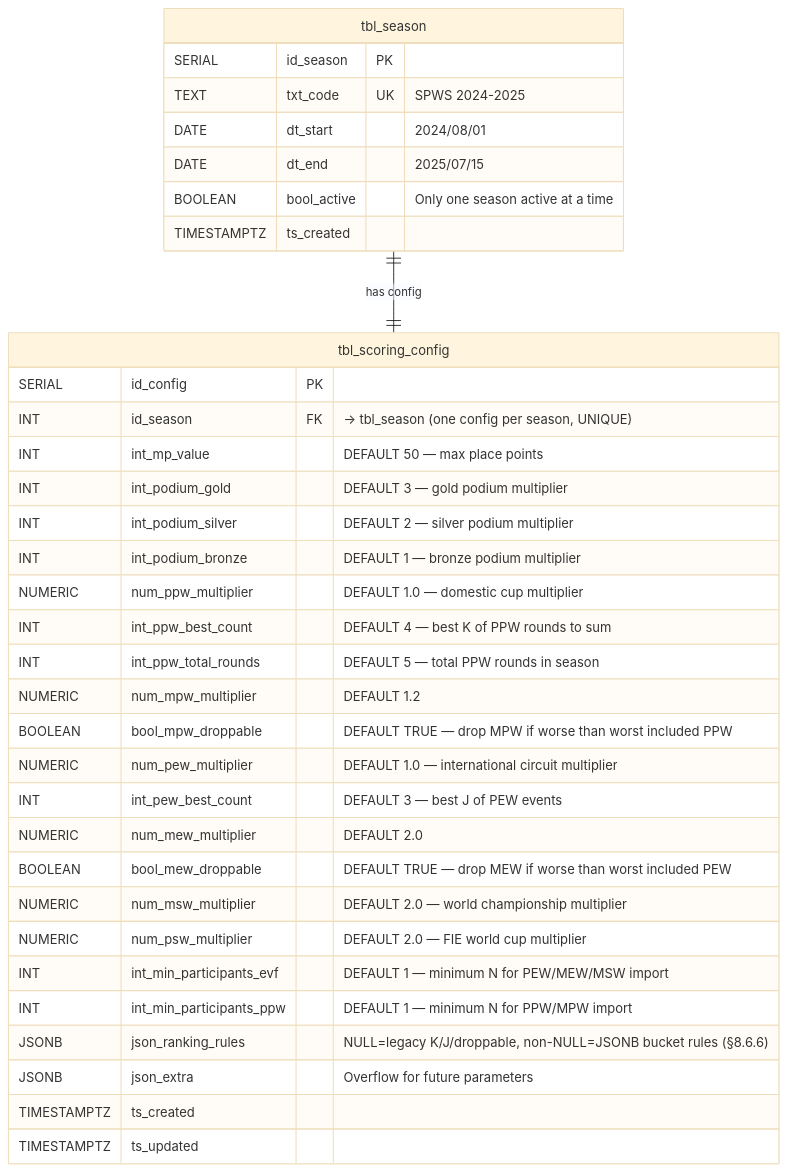
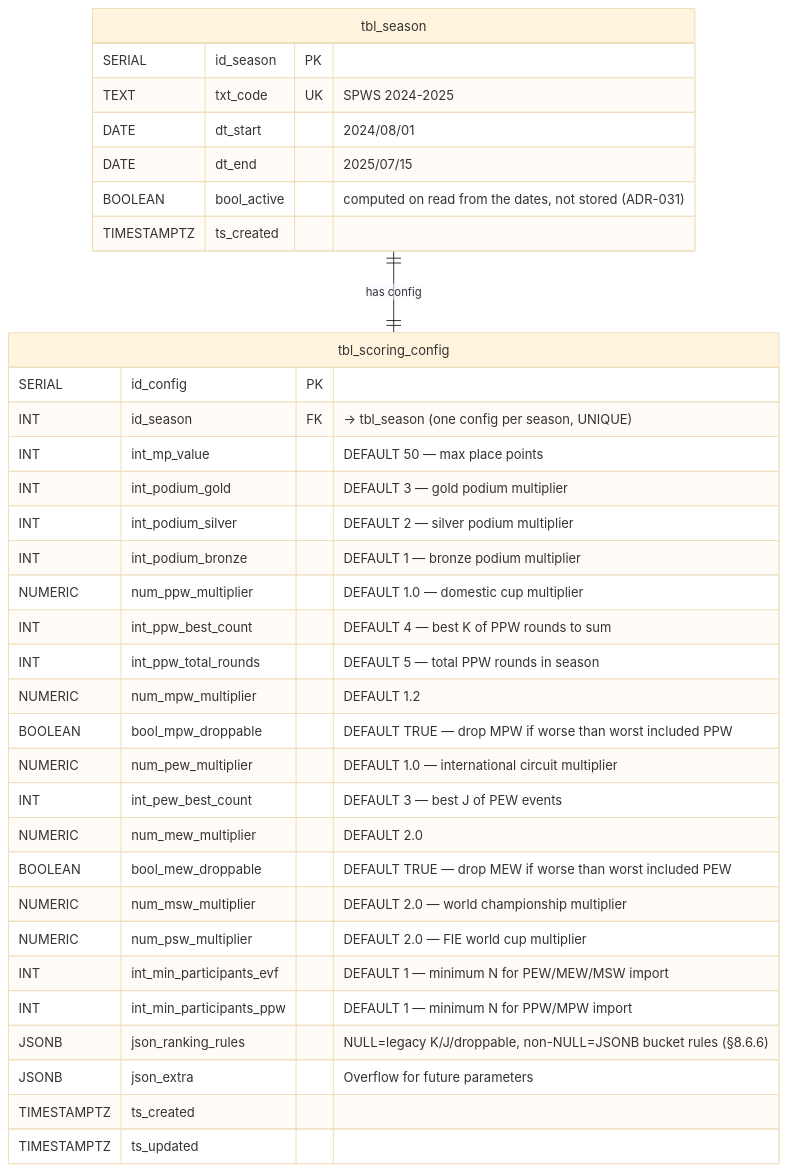
The third of 4 diagrams in doc/Project Specification. SPWS Automated Ranklist System.md (Fencer4Life/spws-automated-ranklist), drawn with Mermaid (base theme) before and after one commit. The commit also changed other lines of this file and 82 other files, not shown here.

````diff
--- a/doc/Project Specification. SPWS Automated Ranklist System.md
+++ b/doc/Project Specification. SPWS Automated Ranklist System.md
@@ -950,39 +949,39 @@
 ```mermaid
 erDiagram
     tbl_season {
         SERIAL id_season PK
         TEXT txt_code UK "SPWS 2024-2025"
         DATE dt_start "2024/08/01"
         DATE dt_end "2025/07/15"
-        BOOLEAN bool_active "Only one season active at a time"
+        BOOLEAN bool_active "computed on read from the dates, not stored (ADR-031)"
         TIMESTAMPTZ ts_created
     }
 
     tbl_scoring_config {
         SERIAL id_config PK
         INT id_season FK "→ tbl_season (one config per season, UNIQUE)"
         INT int_mp_value "DEFAULT 50 — max place points"
         INT int_podium_gold "DEFAULT 3 — gold podium multiplier"
         INT int_podium_silver "DEFAULT 2 — silver podium multiplier"
         INT int_podium_bronze "DEFAULT 1 — bronze podium multiplier"
         NUMERIC num_ppw_multiplier "DEFAULT 1.0 — domestic cup multiplier"
         INT int_ppw_best_count "DEFAULT 4 — best K of PPW rounds to sum"
         INT int_ppw_total_rounds "DEFAULT 5 — total PPW rounds in season"
         NUMERIC num_mpw_multiplier "DEFAULT 1.2"
         BOOLEAN bool_mpw_droppable "DEFAULT TRUE — drop MPW if worse than worst included PPW"
         NUMERIC num_pew_multiplier "DEFAULT 1.0 — international circuit multiplier"
         INT int_pew_best_count "DEFAULT 3 — best J of PEW events"
         NUMERIC num_mew_multiplier "DEFAULT 2.0"
         BOOLEAN bool_mew_droppable "DEFAULT TRUE — drop MEW if worse than worst included PEW"
         NUMERIC num_msw_multiplier "DEFAULT 2.0 — world championship multiplier"
         NUMERIC num_psw_multiplier "DEFAULT 2.0 — FIE world cup multiplier"
         INT int_min_participants_evf "DEFAULT 1 — minimum N for PEW/MEW/MSW import"
         INT int_min_participants_ppw "DEFAULT 1 — minimum N for PPW/MPW import"
         JSONB json_ranking_rules "NULL=legacy K/J/droppable, non-NULL=JSONB bucket rules (§8.6.6)"
         JSONB json_extra "Overflow for future parameters"
         TIMESTAMPTZ ts_created
         TIMESTAMPTZ ts_updated
     }
 
     tbl_season ||--|| tbl_scoring_config : "has config"
 ```
````
